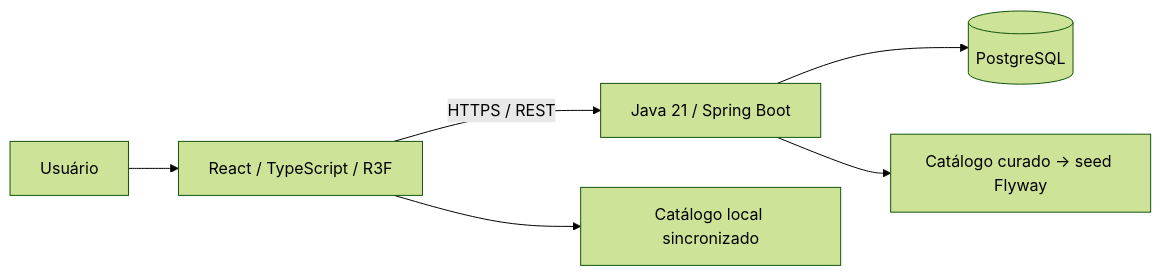
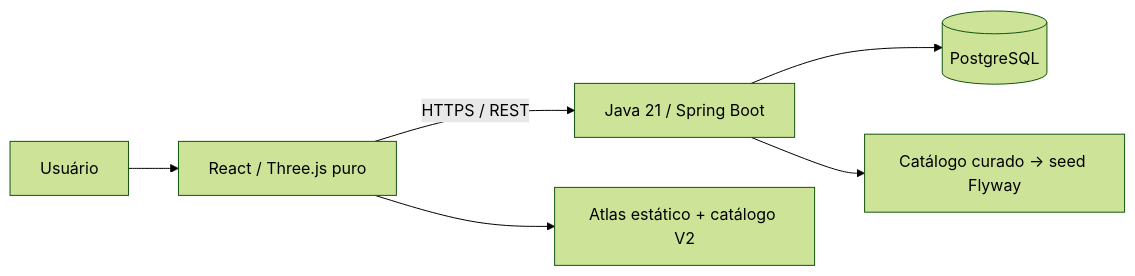
The second of 2 diagrams in README.md (dev-christianmendes/anatomia_humana_3d), drawn with Mermaid (forest theme) before and after one commit. The commit also changed other lines of this file and 10 other files, not shown here.

````diff
--- a/README.md
+++ b/README.md
@@ -307,8 +276,8 @@
 ```mermaid
 flowchart LR
-    User[Usuário] --> Frontend[React / TypeScript / R3F]
+    User[Usuário] --> Frontend[React / Three.js puro]
     Frontend -->|HTTPS / REST| Backend[Java 21 / Spring Boot]
     Backend --> Database[(PostgreSQL)]
-    Frontend --> Local[Catálogo local sincronizado]
-    Backend --> Catalog[Catálogo curado -> seed Flyway]
+    Frontend --> Assets[Atlas estático + catálogo V2]
+    Backend --> Catalog[Catálogo curado → seed Flyway]
 ```
````
